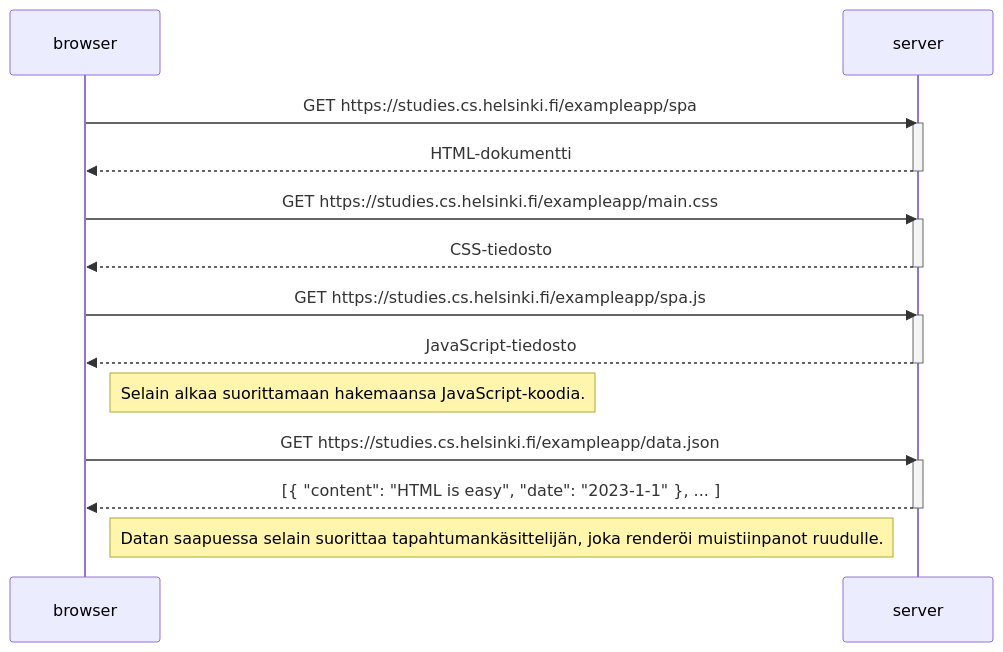
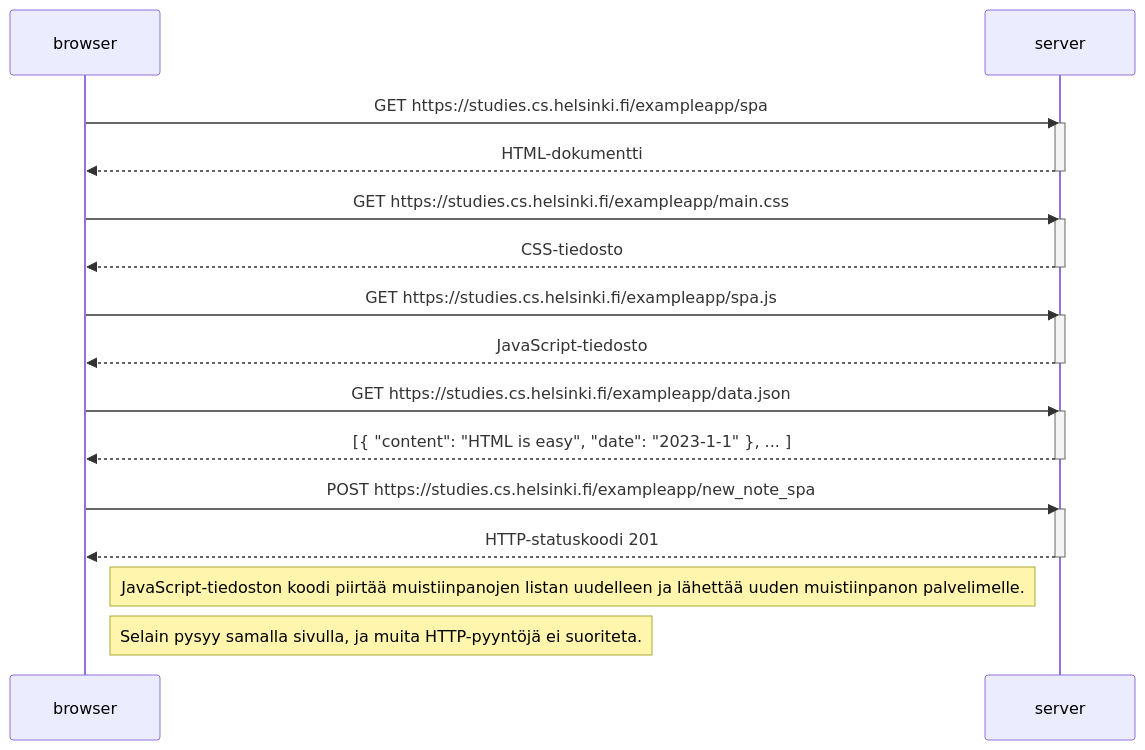
One commit to toivoantero/FullStack-UniversityOfHelsinki changed the diagram in osa0/0.6.md. Above: the diagram before and after it, drawn with Mermaid.

Commit message:
tehtävä 0.6 täydennetty valmiiksi

````diff
--- a/osa0/0.6.md
+++ b/osa0/0.6.md
@@ -2,31 +2,36 @@
 ```mermaid
 
 sequenceDiagram
     participant browser
     participant server
     
     browser->>server: GET https://studies.cs.helsinki.fi/exampleapp/spa
     activate server
     server-->>browser: HTML-dokumentti
     deactivate server
     
     browser->>server: GET https://studies.cs.helsinki.fi/exampleapp/main.css
     activate server
     server-->>browser: CSS-tiedosto
     deactivate server
     
     browser->>server: GET https://studies.cs.helsinki.fi/exampleapp/spa.js
     activate server
     server-->>browser: JavaScript-tiedosto
     deactivate server
-    
-    Note right of browser: Selain alkaa suorittamaan hakemaansa JavaScript-koodia.
-    
+        
     browser->>server: GET https://studies.cs.helsinki.fi/exampleapp/data.json
     activate server
     server-->>browser: [{ "content": "HTML is easy", "date": "2023-1-1" }, ... ]
     deactivate server    
 
-    Note right of browser: Datan saapuessa selain suorittaa tapahtumankäsittelijän, joka renderöi muistiinpanot ruudulle.
+    browser->>server: POST https://studies.cs.helsinki.fi/exampleapp/new_note_spa
+    activate server
+    server-->>browser: HTTP-statuskoodi 201
+    deactivate server
+
+    Note right of browser: JavaScript-tiedoston koodi piirtää muistiinpanojen listan uudelleen ja lähettää uuden muistiinpanon palvelimelle.
+    Note right of browser: Selain pysyy samalla sivulla, ja muita HTTP-pyyntöjä ei suoriteta.
+
 
 ```
````
